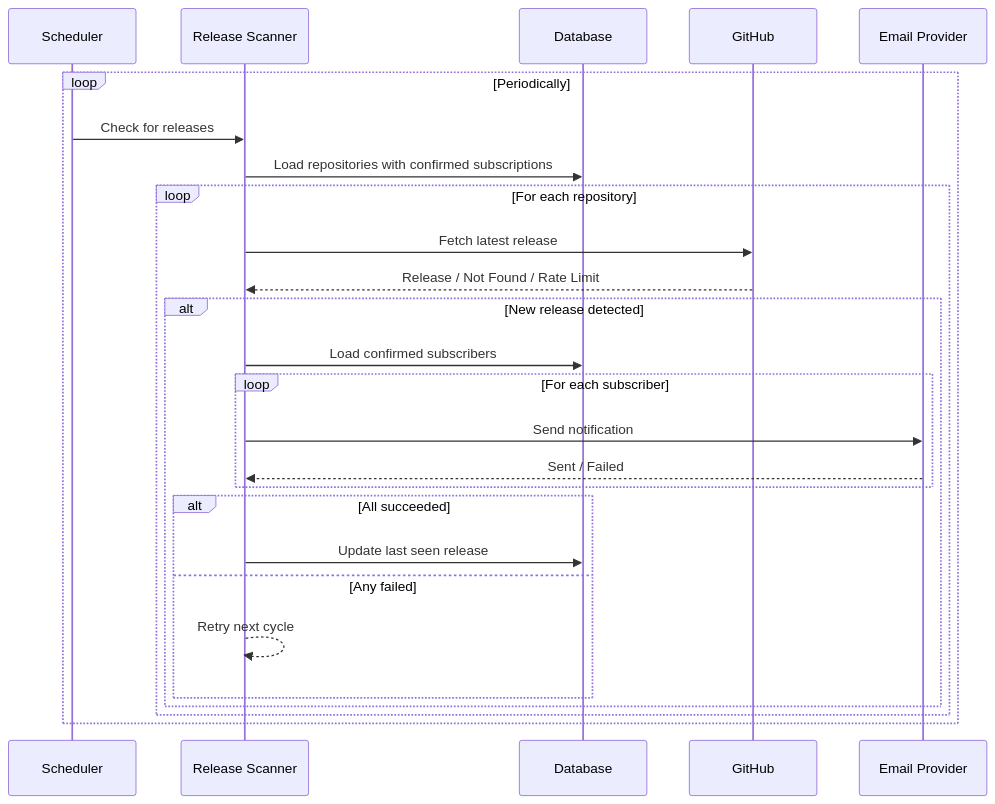
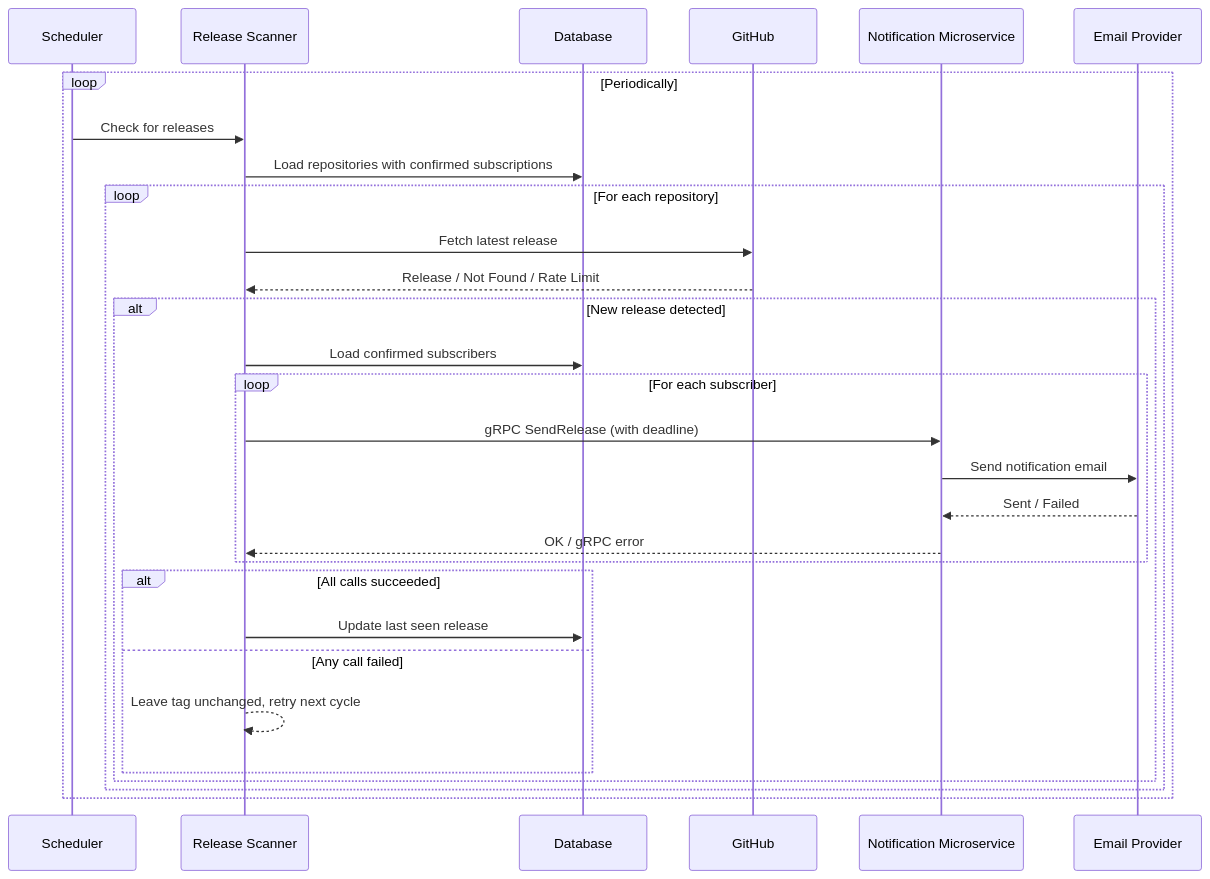
Before and after one commit to GenesisEducationKyiv/software-engineering-school-6-0-RandomIv: the third of 3 diagrams in docs/system-design.md, drawn with Mermaid. The commit also changed other lines of this file and 10 other files, not shown here.

First line of the commit message:
HW10: Application Architecture (#12)

````diff
--- a/docs/system-design.md
+++ b/docs/system-design.md
@@ -165,32 +239,35 @@
 ```mermaid
 sequenceDiagram
     participant Scheduler
     participant Scanner as Release Scanner
     participant DB as Database
     participant ExternalSvc as GitHub
+    participant Notif as Notification Microservice
     participant Provider as Email Provider
 
     loop Periodically
         Scheduler->>Scanner: Check for releases
         Scanner->>DB: Load repositories with confirmed subscriptions
-        
+
         loop For each repository
             Scanner->>ExternalSvc: Fetch latest release
             ExternalSvc-->>Scanner: Release / Not Found / Rate Limit
-            
+
             alt New release detected
                 Scanner->>DB: Load confirmed subscribers
                 loop For each subscriber
-                    Scanner->>Provider: Send notification
-                    Provider-->>Scanner: Sent / Failed
+                    Scanner->>Notif: gRPC SendRelease (with deadline)
+                    Notif->>Provider: Send notification email
+                    Provider-->>Notif: Sent / Failed
+                    Notif-->>Scanner: OK / gRPC error
                 end
-                
-                alt All succeeded
+
+                alt All calls succeeded
                     Scanner->>DB: Update last seen release
-                else Any failed
-                    Scanner-->>Scanner: Retry next cycle
+                else Any call failed
+                    Scanner-->>Scanner: Leave tag unchanged, retry next cycle
                 end
             end
         end
     end
 ```
````
